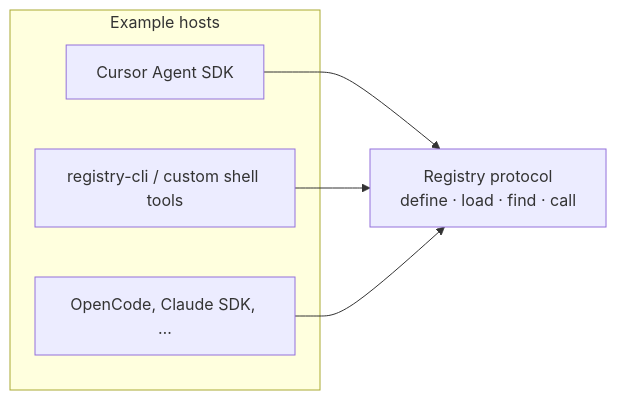
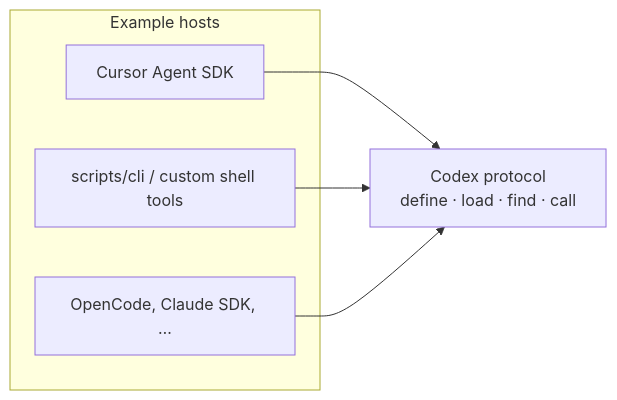
One commit to 0x1d/crucible changed the diagram in docs/reference/hosts.md. Above: the diagram before and after it, drawn with Mermaid. The commit also changed other lines of this file and 37 other files, not shown here.

First line of the commit message:
refactor: rename registry to codex and cli entrypoint

````diff
--- a/docs/reference/hosts.md
+++ b/docs/reference/hosts.md
@@ -7,14 +7,14 @@
 ```mermaid
 flowchart LR
   subgraph hosts["Example hosts"]
     Cursor["Cursor Agent SDK"]
-    CLI["registry-cli / custom shell tools"]
+    CLI["scripts/cli / custom shell tools"]
     Other["OpenCode, Claude SDK, …"]
   end
 
-  Registry["Registry protocol\ndefine · load · find · call"]
+  Codex["Codex protocol\ndefine · load · find · call"]
 
-  Cursor --> Registry
-  CLI --> Registry
-  Other --> Registry
+  Cursor --> Codex
+  CLI --> Codex
+  Other --> Codex
 ```
````
